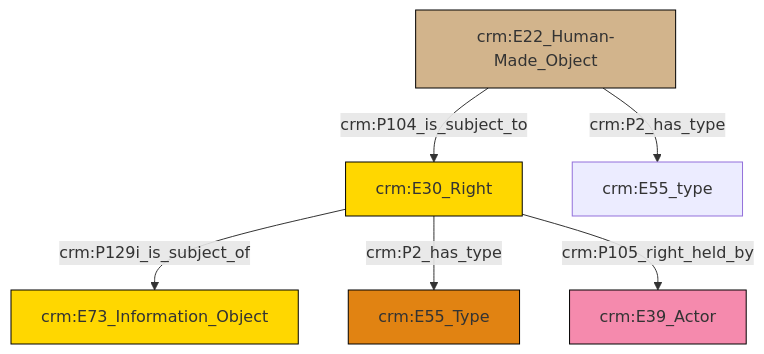
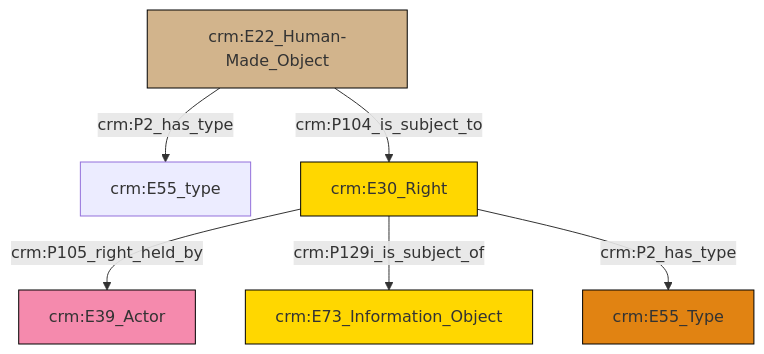
One commit to swiss-art-research-net/reference-data-models changed the diagram in et/builtWorkCSV/ttl/mmd/Built_Work_rights.ttl.mmd. Above: the diagram before and after it, drawn with Mermaid. The commit also changed 122 other files, not shown here.

```diff
--- a/et/builtWorkCSV/ttl/mmd/Built_Work_rights.ttl.mmd
+++ b/et/builtWorkCSV/ttl/mmd/Built_Work_rights.ttl.mmd
@@ -1,20 +1,20 @@
 graph TD
 classDef Literal fill:#f2f2f2,stroke:#000000;
 classDef CRM_Entity fill:#FFFFFF,stroke:#000000;
 classDef Temporal_Entity fill:#00C9E6, stroke:#000000;
 classDef Type fill:#E18312, stroke:#000000;
 classDef Time-Span fill:#2C9C91, stroke:#000000;
 classDef Appellation fill:#FFEB7F, stroke:#000000;
 classDef Place fill:#008836, stroke:#000000;
 classDef Persistent_Item fill:#B266B2, stroke:#000000;
 classDef Conceptual_Object fill:#FFD700, stroke:#000000;
 classDef Physical_Thing fill:#D2B48C, stroke:#000000;
 classDef Actor fill:#f58aad, stroke:#000000;
 classDef PC_Classes fill:#4ce600, stroke:#000000;
 classDef Multi fill:#cccccc,stroke:#000000;
 
-0["crm:E30_Right"]:::Conceptual_Object -->|crm:P129i_is_subject_of| 1["crm:E73_Information_Object"]:::Conceptual_Object
-3["crm:E22_Human-Made_Object"]:::Physical_Thing -->|crm:P104_is_subject_to| 0["crm:E30_Right"]:::Conceptual_Object
-0["crm:E30_Right"]:::Conceptual_Object -->|crm:P2_has_type| 7["crm:E55_Type"]:::Type
-3["crm:E22_Human-Made_Object"]:::Physical_Thing -->|crm:P2_has_type| 5["crm:E55_type"]:::Default
-0["crm:E30_Right"]:::Conceptual_Object -->|crm:P105_right_held_by| 9["crm:E39_Actor"]:::Actor
+0["crm:E22_Human-Made_Object"]:::Physical_Thing -->|crm:P2_has_type| 1["crm:E55_type"]:::Default
+2["crm:E30_Right"]:::Conceptual_Object -->|crm:P105_right_held_by| 3["crm:E39_Actor"]:::Actor
+2["crm:E30_Right"]:::Conceptual_Object -->|crm:P129i_is_subject_of| 4["crm:E73_Information_Object"]:::Conceptual_Object
+2["crm:E30_Right"]:::Conceptual_Object -->|crm:P2_has_type| 9["crm:E55_Type"]:::Type
+0["crm:E22_Human-Made_Object"]:::Physical_Thing -->|crm:P104_is_subject_to| 2["crm:E30_Right"]:::Conceptual_Object
```
